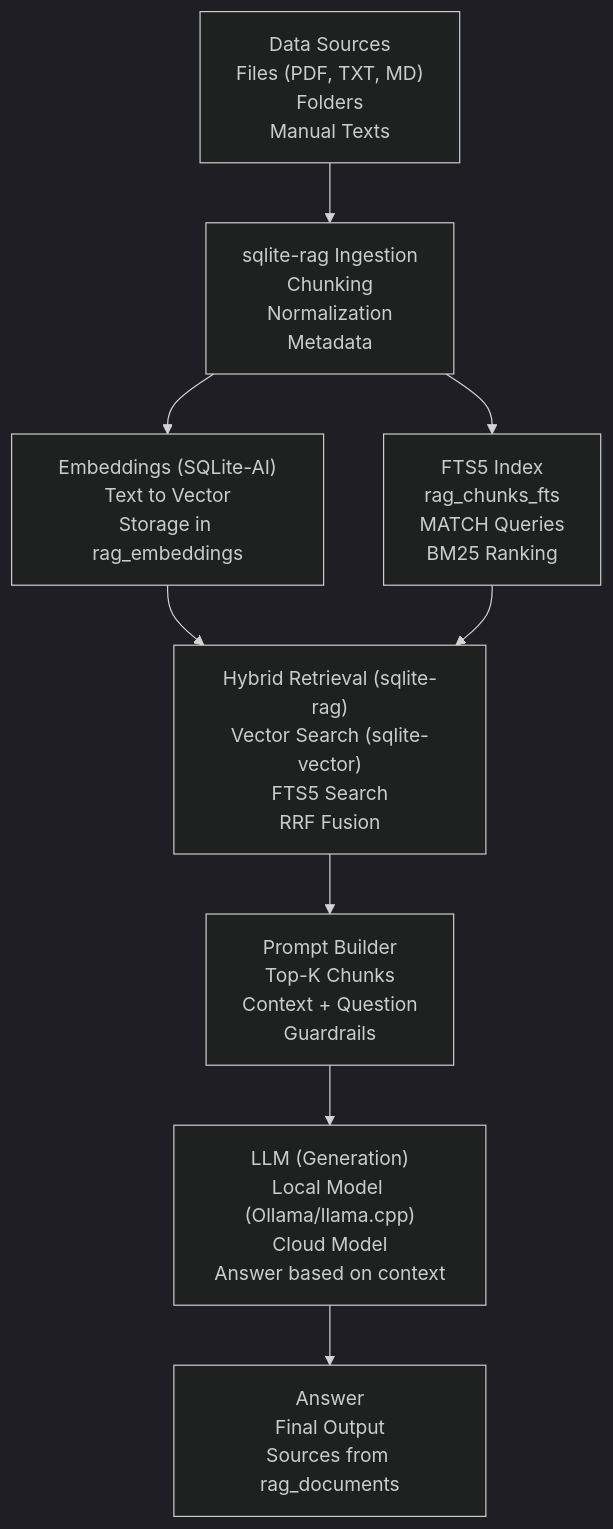
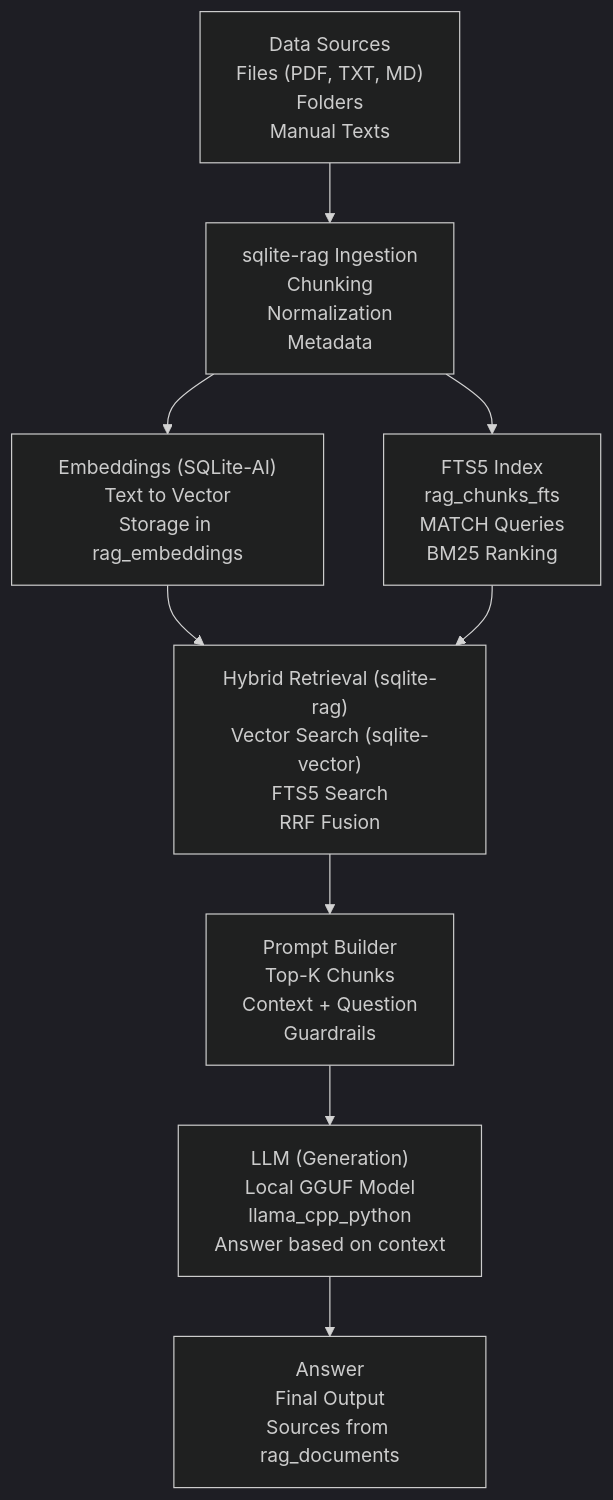
The diagram in docs/specs/#53.md (iBrotNano/python_workshop_project), drawn with Mermaid (dark theme) before and after one commit. The commit also changed other lines of this file and 1 other file, not shown here.

````diff
--- a/docs/specs/#53.md
+++ b/docs/specs/#53.md
@@ -123,12 +126,12 @@
 ```mermaid
 flowchart TD
     A["Data Sources<br/>Files (PDF, TXT, MD)<br/>Folders<br/>Manual Texts"] --> B
     B["sqlite-rag Ingestion<br/>Chunking<br/>Normalization<br/>Metadata"] --> C
     B --> D
     C["Embeddings (SQLite-AI)<br/>Text to Vector<br/>Storage in rag_embeddings"] --> E
     D["FTS5 Index<br/>rag_chunks_fts<br/>MATCH Queries<br/>BM25 Ranking"] --> E
     E["Hybrid Retrieval (sqlite-rag)<br/>Vector Search (sqlite-vector)<br/>FTS5 Search<br/>RRF Fusion"] --> F
     F["Prompt Builder<br/>Top-K Chunks<br/>Context + Question<br/>Guardrails"] --> G
-    G["LLM (Generation)<br/>Local Model (Ollama/llama.cpp)<br/>Cloud Model<br/>Answer based on context"] --> H
+    G["LLM (Generation)<br/>Local GGUF Model<br/>llama_cpp_python<br/>Answer based on context"] --> H
     H["Answer<br/>Final Output<br/>Sources from rag_documents"]
 ```
````
